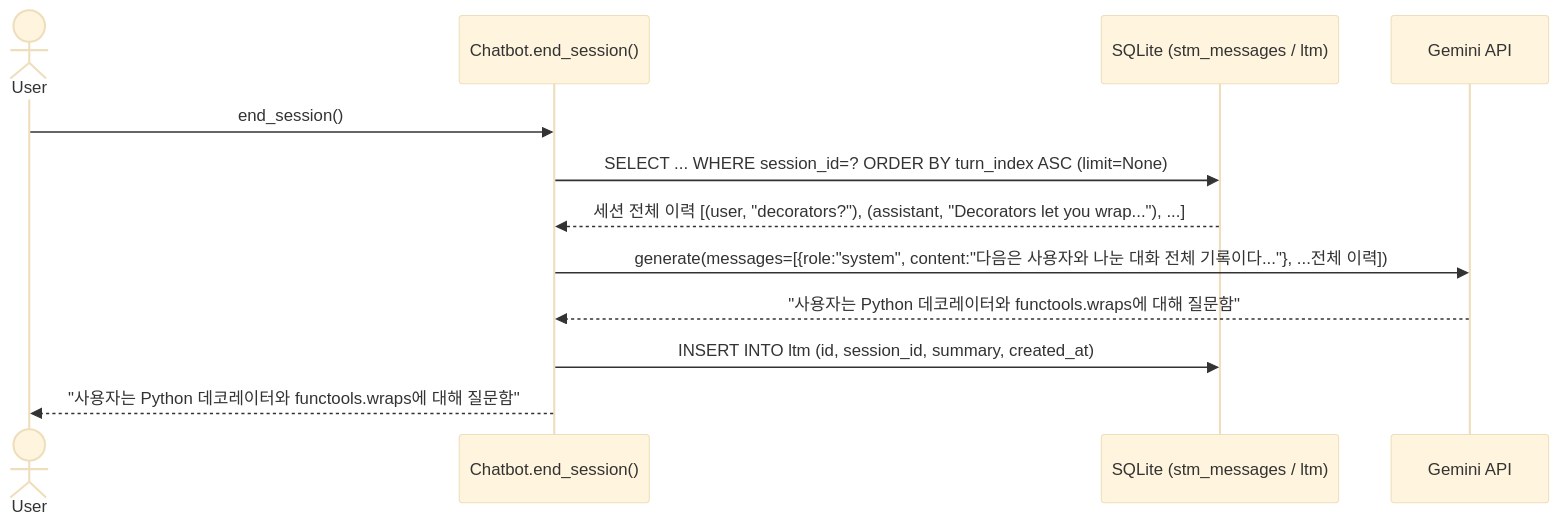
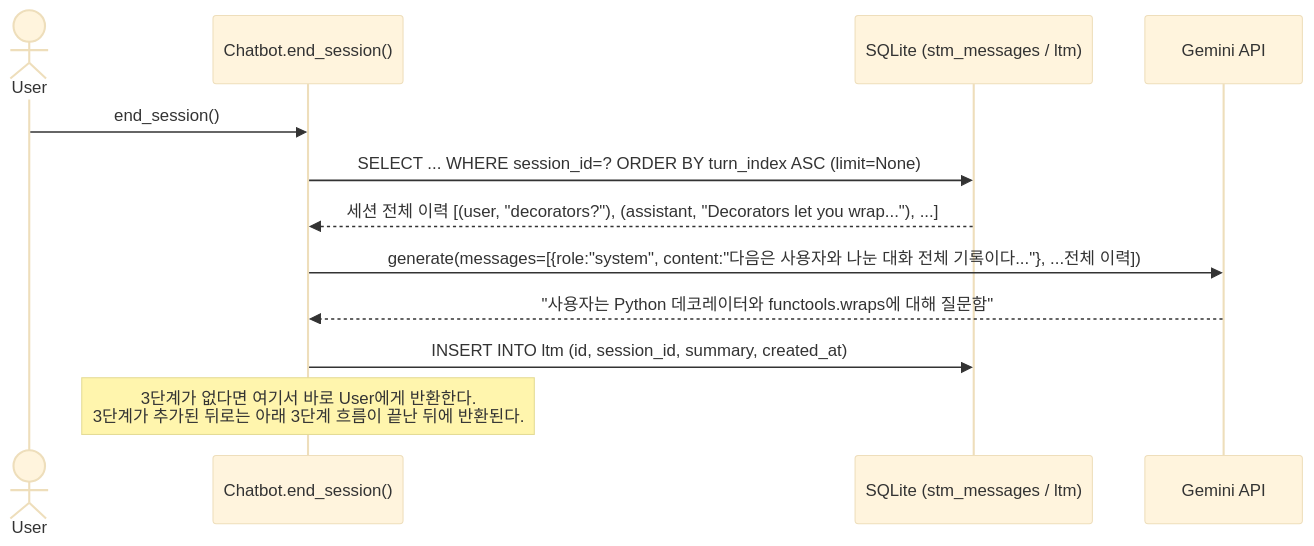
One commit to Kanmanemone/memory-augmented-learning-chatbot changed the second of 3 diagrams in lossy_clone/ARCHITECTURE.md. Above: the diagram before and after it, drawn with Mermaid (base theme). The commit also changed other lines of this file and 1 other file, not shown here.

First line of the commit message:
fix(3-episodic): 리뷰 보완 - blank line/ADR 참조/다이어그램 반환 흐름/개념 설명 정리

````diff
--- a/lossy_clone/ARCHITECTURE.md
+++ b/lossy_clone/ARCHITECTURE.md
@@ -33,15 +33,15 @@
 ```mermaid
 sequenceDiagram
     actor User
     participant Bot as Chatbot.end_session()
     participant DB as SQLite (stm_messages / ltm)
     participant Gemini as Gemini API
 
     User->>Bot: end_session()
     Bot->>DB: SELECT ... WHERE session_id=? ORDER BY turn_index ASC (limit=None)
     DB-->>Bot: 세션 전체 이력 [(user, "decorators?"), (assistant, "Decorators let you wrap..."), ...]
     Bot->>Gemini: generate(messages=[{role:"system", content:"다음은 사용자와 나눈 대화 전체 기록이다..."}, ...전체 이력])
     Gemini-->>Bot: "사용자는 Python 데코레이터와 functools.wraps에 대해 질문함"
     Bot->>DB: INSERT INTO ltm (id, session_id, summary, created_at)
-    Bot-->>User: "사용자는 Python 데코레이터와 functools.wraps에 대해 질문함"
+    Note over Bot: 3단계가 없다면 여기서 바로 User에게 반환한다.<br/>3단계가 추가된 뒤로는 아래 3단계 흐름이 끝난 뒤에 반환된다.
 ```
````
